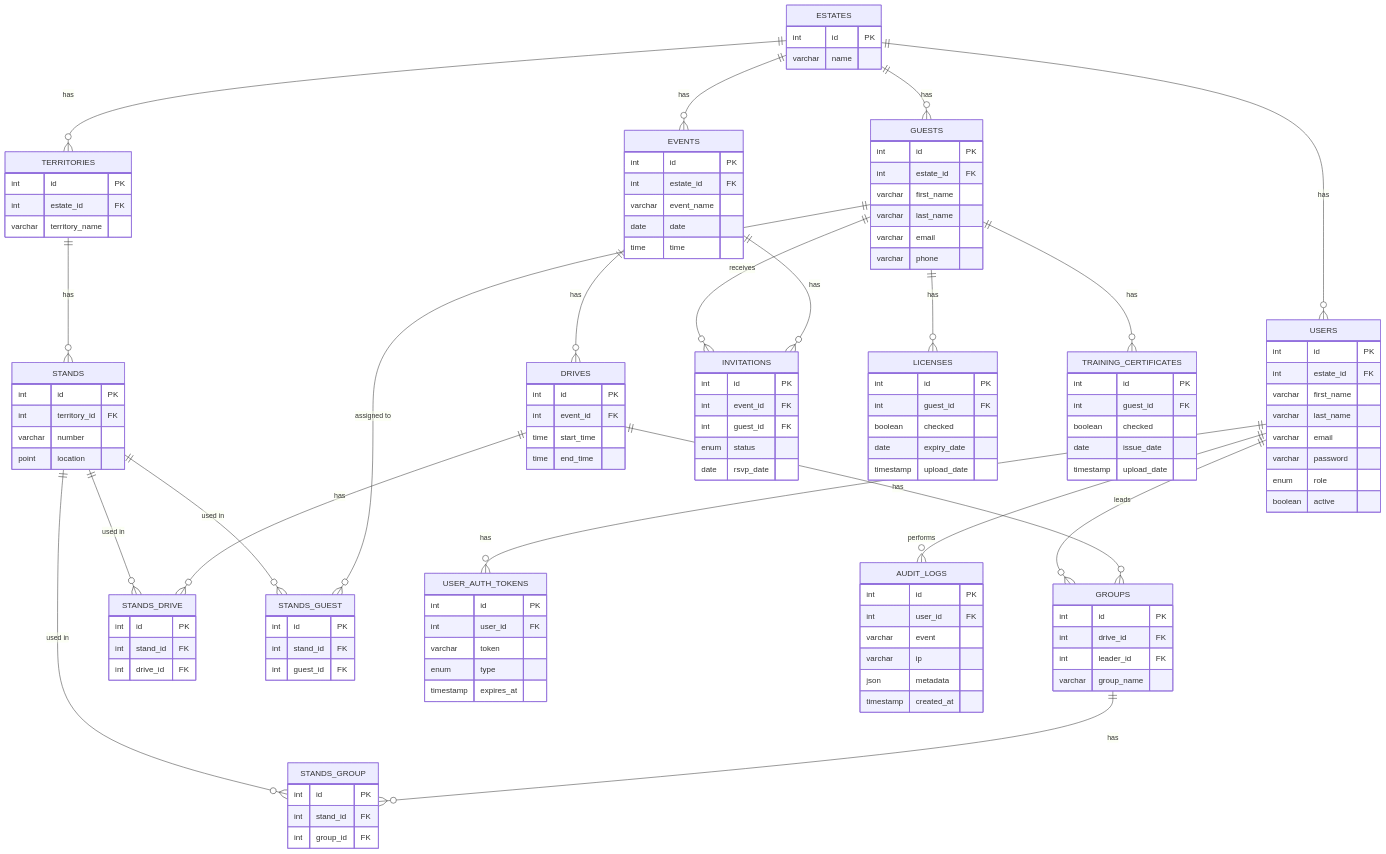
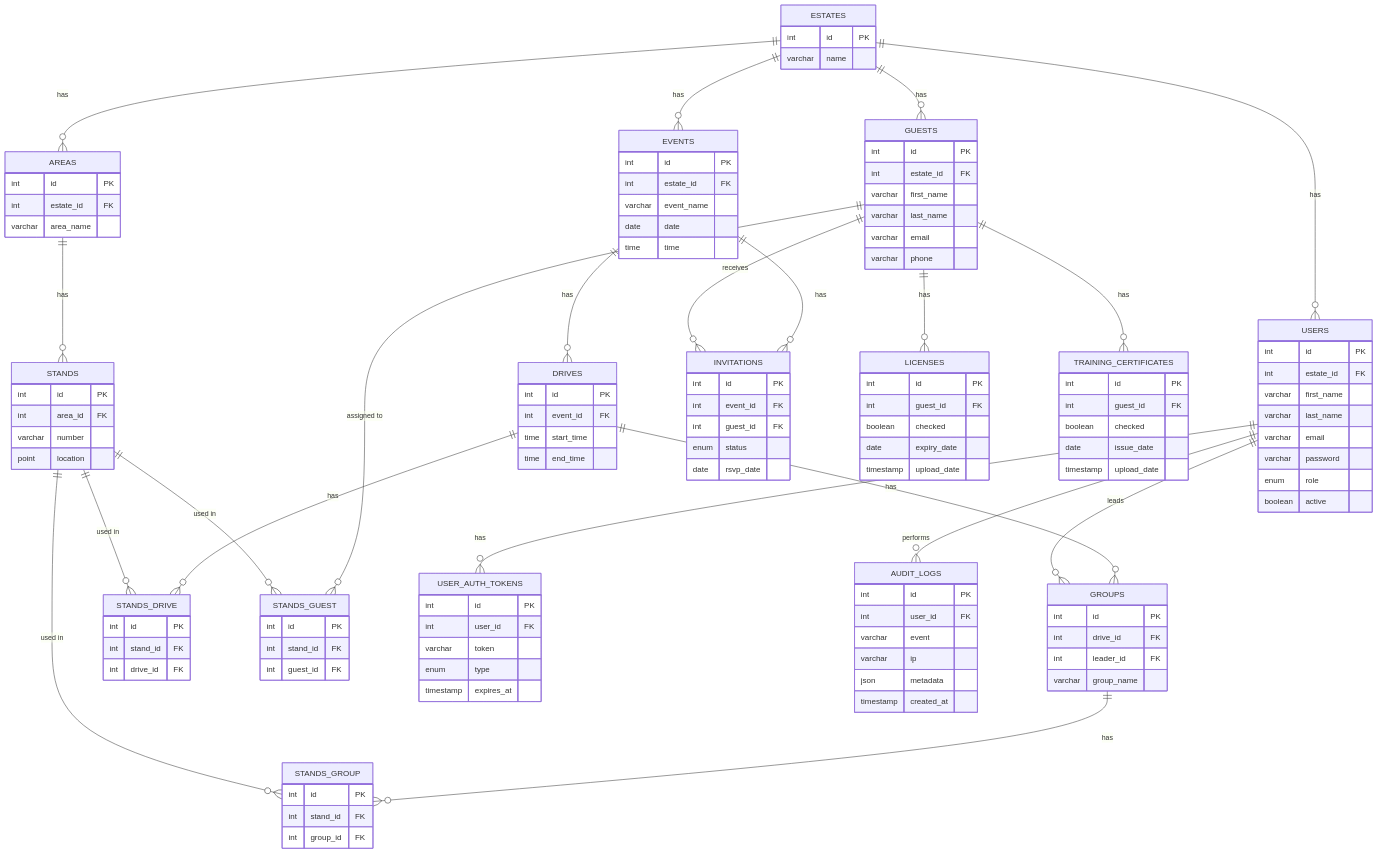
Before and after one commit to carl-castell/hunt-hub_backend: the diagram in README.md, drawn with Mermaid. The commit also changed 2 other files, not shown here.

Commit message:
renamed in db schema

```diff
--- a/README.md
+++ b/README.md
@@ -179,14 +179,14 @@
         int leader_id FK
         varchar group_name
     }
-    TERRITORIES {
+    AREAS {
         int id PK
         int estate_id FK
-        varchar territory_name
+        varchar area_name
     }
     STANDS {
         int id PK
-        int territory_id FK
+        int area_id FK
         varchar number
         point location
     }
@@ -245,8 +245,8 @@
     ESTATES ||--o{ USERS : "has"
     ESTATES ||--o{ GUESTS : "has"
     ESTATES ||--o{ EVENTS : "has"
-    ESTATES ||--o{ TERRITORIES : "has"
-    TERRITORIES ||--o{ STANDS : "has"
+    ESTATES ||--o{ AREAS : "has"
+    AREAS ||--o{ STANDS : "has"
     EVENTS ||--o{ INVITATIONS : "has"
     EVENTS ||--o{ DRIVES : "has"
     DRIVES ||--o{ GROUPS : "has"
```
